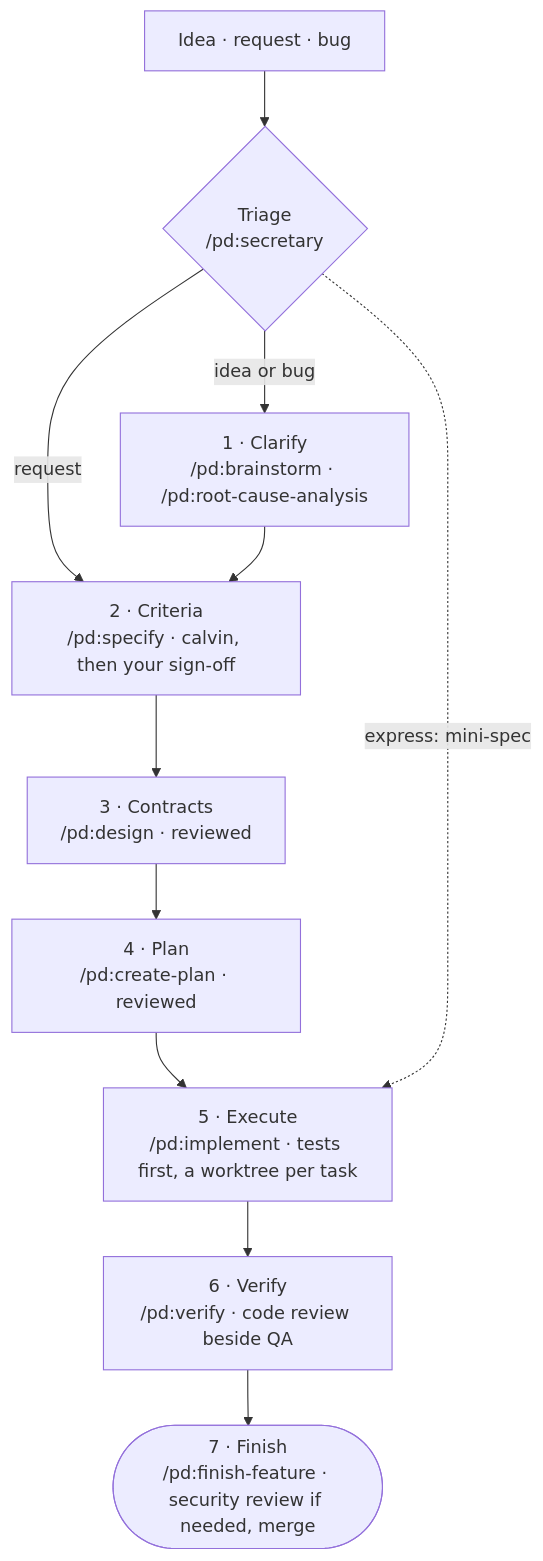
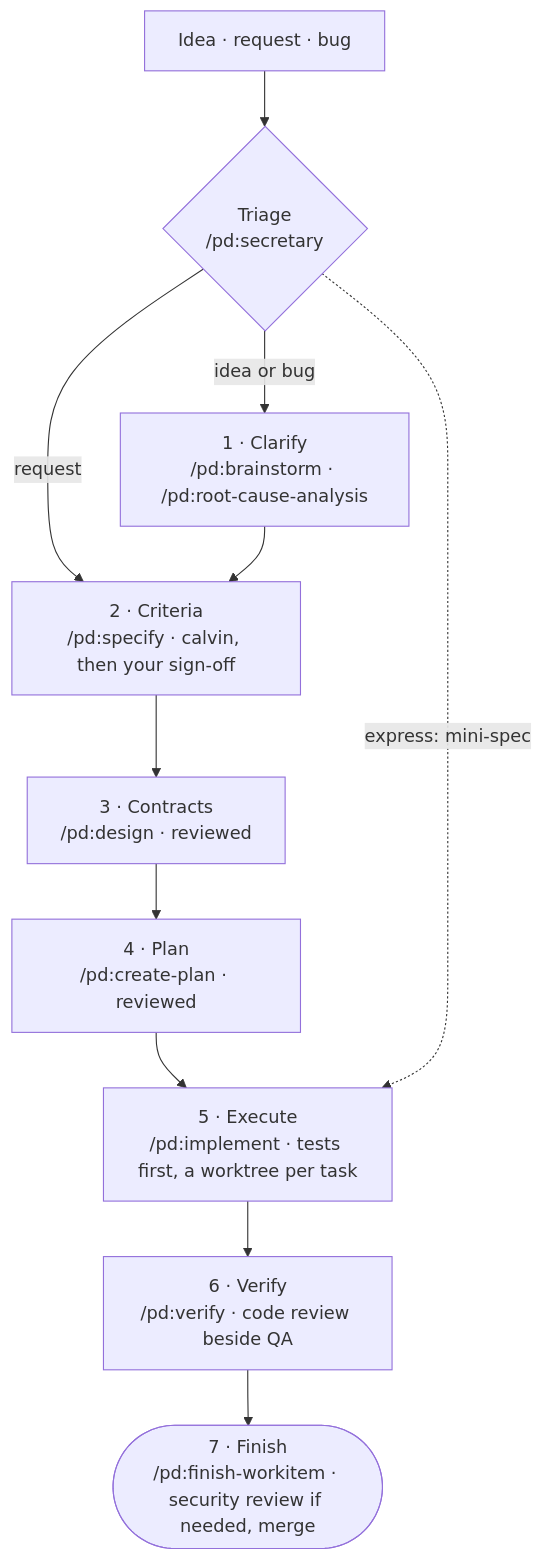
Before and after one commit to clthuang/pedantic-drip: the diagram in README.md, drawn with Mermaid. The commit also changed other lines of this file and 20 other files, not shown here.

````diff
--- a/README.md
+++ b/README.md
@@ -48,13 +48,13 @@
 ```mermaid
 flowchart TD
     IN["Idea · request · bug"] --> TRI{"Triage<br/>/pd:secretary"}
     TRI -->|idea or bug| CLAR["1 · Clarify<br/>/pd:brainstorm · /pd:root-cause-analysis"]
     TRI -->|request| CRIT
     CLAR --> CRIT["2 · Criteria<br/>/pd:specify · calvin, then your sign-off"]
     CRIT --> CON["3 · Contracts<br/>/pd:design · reviewed"]
     CON --> PLAN["4 · Plan<br/>/pd:create-plan · reviewed"]
     PLAN --> EXEC["5 · Execute<br/>/pd:implement · tests first, a worktree per task"]
     EXEC --> VER["6 · Verify<br/>/pd:verify · code review beside QA"]
-    VER --> FIN(["7 · Finish<br/>/pd:finish-feature · security review if needed, merge"])
+    VER --> FIN(["7 · Finish<br/>/pd:finish-workitem · security review if needed, merge"])
     TRI -.->|express: mini-spec| EXEC
 ```
````
